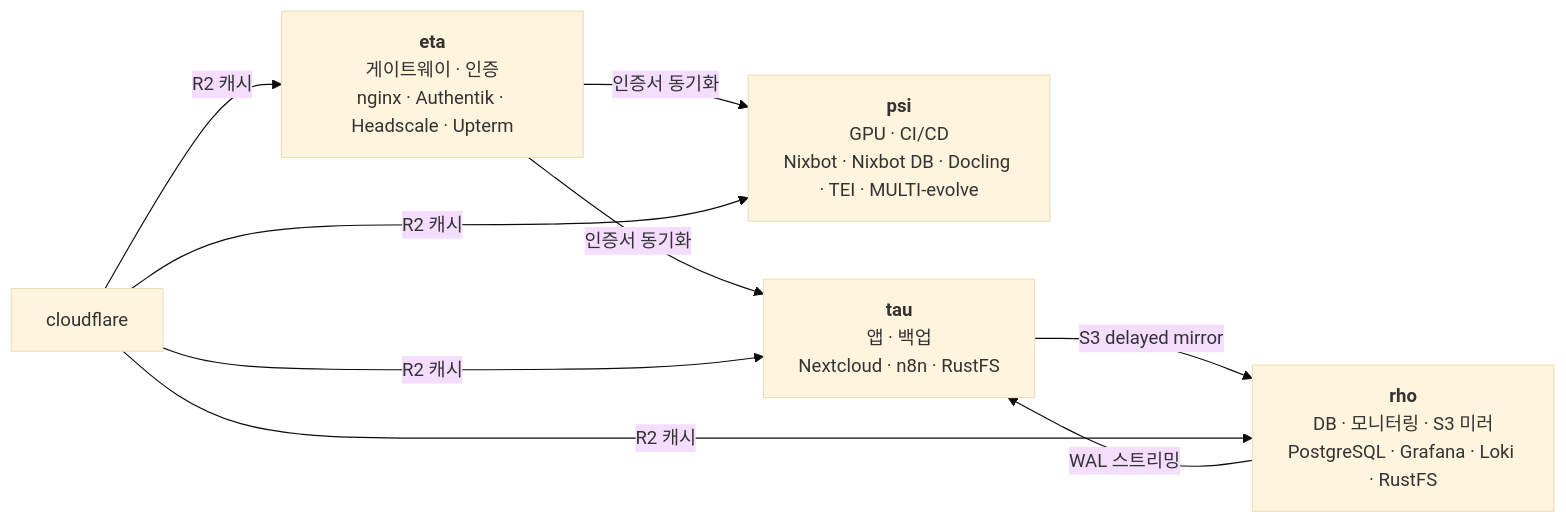
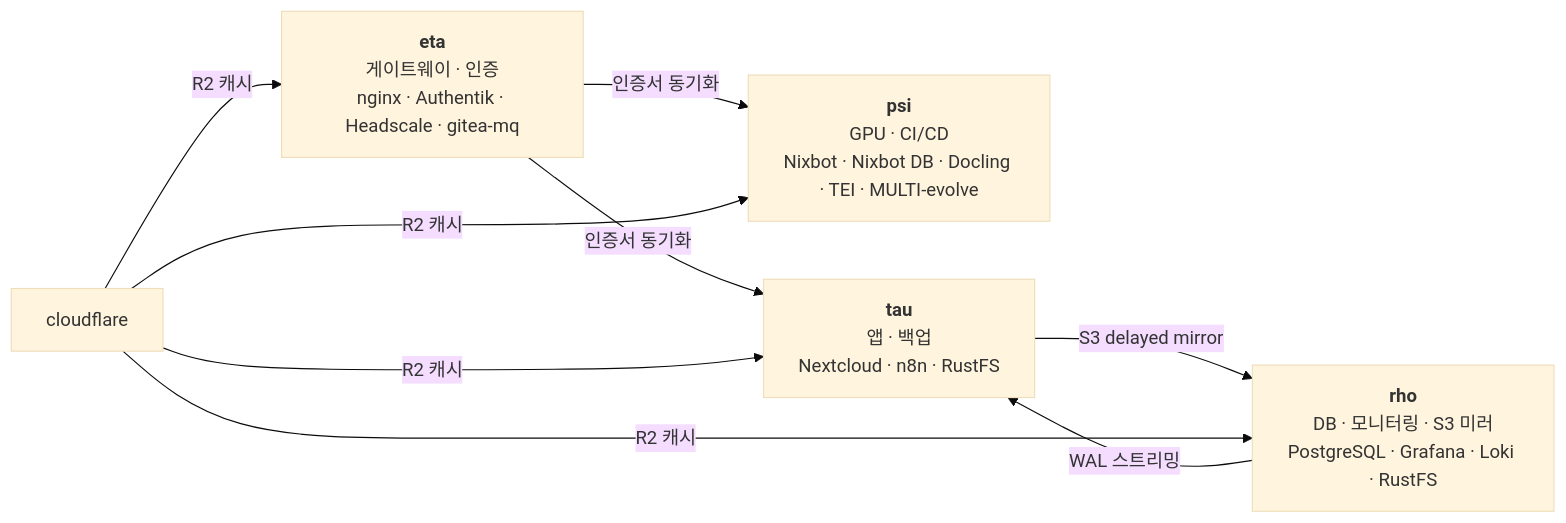
The first of 2 diagrams in docs/admin/architecture.md (SBEE-Lab/infra), drawn with Mermaid (base theme) before and after one commit. The commit also changed other lines of this file and 11 other files, not shown here.

First line of the commit message:
eta: host gitea-mq for serialized merges

````diff
--- a/docs/admin/architecture.md
+++ b/docs/admin/architecture.md
@@ -13,12 +13,12 @@
 ```mermaid
 graph LR
-  eta["<b>eta</b><br/>게이트웨이 · 인증<br/>nginx · Authentik · Headscale · Upterm"]
+  eta["<b>eta</b><br/>게이트웨이 · 인증<br/>nginx · Authentik · Headscale · gitea-mq"]
   psi["<b>psi</b><br/>GPU · CI/CD<br/>Nixbot · Nixbot DB · Docling · TEI · MULTI-evolve"]
   rho["<b>rho</b><br/>DB · 모니터링 · S3 미러<br/>PostgreSQL · Grafana · Loki · RustFS"]
   tau["<b>tau</b><br/>앱 · 백업<br/>Nextcloud · n8n · RustFS"]
 
   eta -- "인증서 동기화" --> psi & tau
   rho -- "WAL 스트리밍" --> tau
   tau -- "S3 delayed mirror" --> rho
   cloudflare -- "R2 캐시" --> psi & rho & tau & eta
 ```
````
